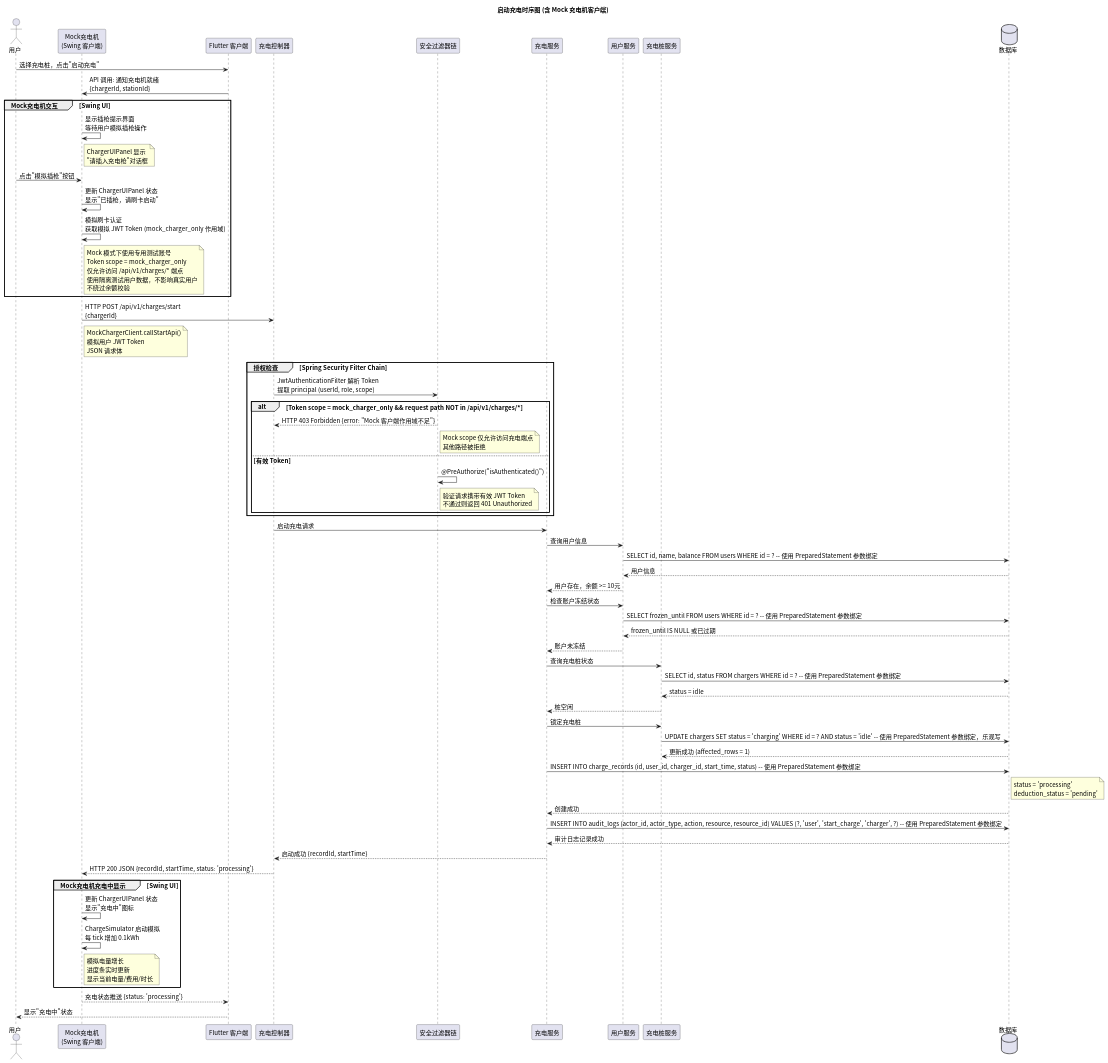
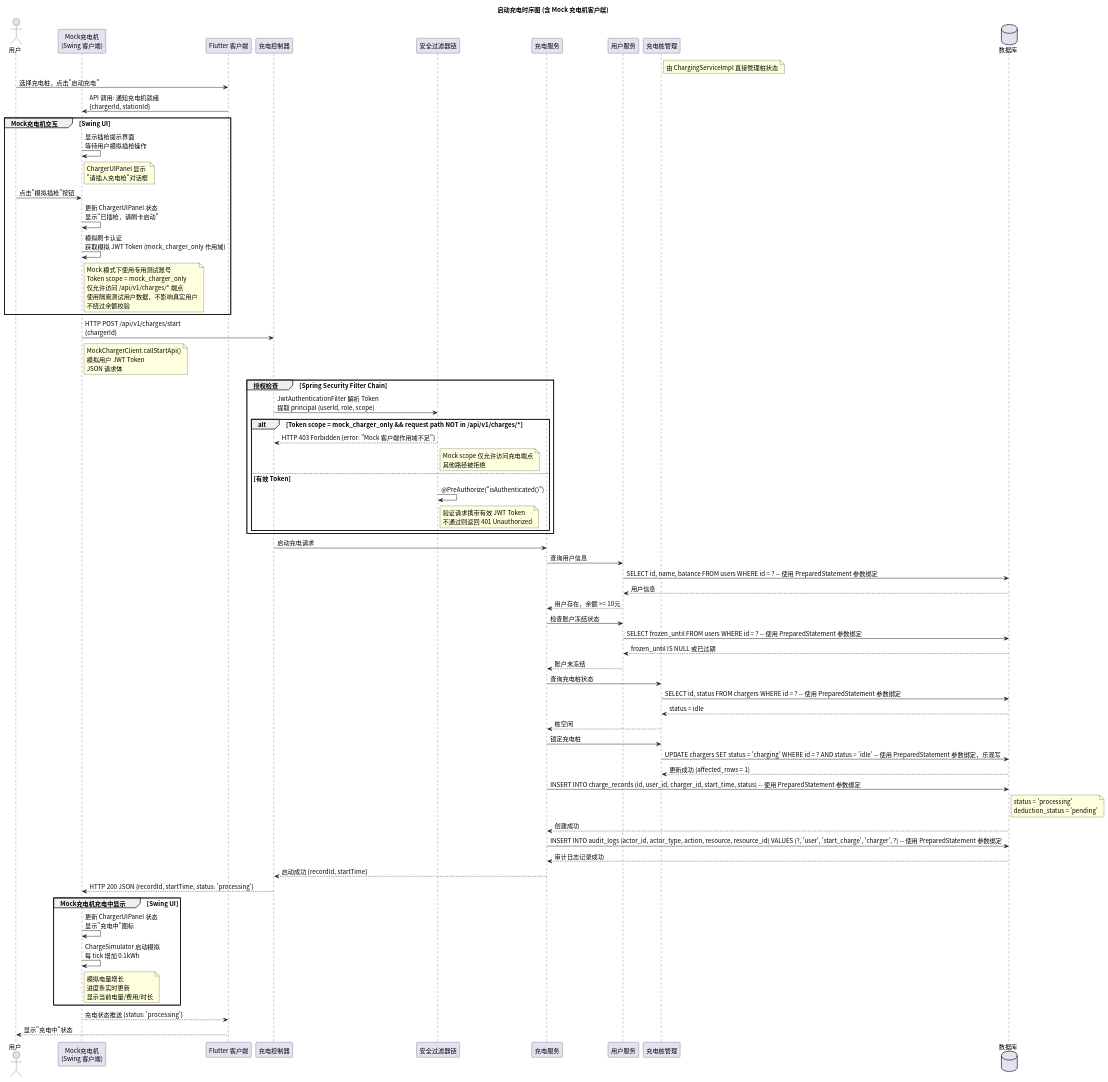
Before and after one commit to greenhandzdl/charging-station-doc: the diagram in time/src/sequence_charging.puml, drawn with PlantUML. The commit also changed 13 other files, not shown here.

First line of the commit message:
fix: 架构与安全评估第五轮修复 — 支付记录用例对齐、用户充电统计端点、支付图与充电服务修复

```diff
--- a/time/src/sequence_charging.puml
+++ b/time/src/sequence_charging.puml
@@ -1,85 +1,86 @@
 @startuml
 skinparam defaultFontName "Noto Sans CJK SC"
 skinparam defaultFontSize 14
 title 启动充电时序图 (含 Mock 充电机客户端)
 
 ' 所有 SQL 操作使用 PreparedStatement 参数绑定，禁止字符串拼接
 actor 用户 as U
 participant "Mock充电机\n(Swing 客户端)" as MC
 participant "Flutter 客户端" as FE
 participant "充电控制器" as Ctrl
 participant "安全过滤器链" as Security
 participant "充电服务" as Service
 participant "用户服务" as US
-participant "充电桩服务" as CS
+participant "充电桩管理" as CS
+note right of CS : 由 ChargingServiceImpl 直接管理桩状态
 database 数据库 as DB
 
 U -> FE: 选择充电桩，点击"启动充电"
 FE -> MC: API 调用: 通知充电机就绪\n{chargerId, stationId}
 
 group Mock充电机交互 [Swing UI]
   MC -> MC: 显示插枪提示界面\n等待用户模拟插枪操作
   note right MC : ChargerUIPanel 显示\n"请插入充电枪"对话框
 
   U -> MC: 点击"模拟插枪"按钮
   MC -> MC: 更新 ChargerUIPanel 状态\n显示"已插枪，请刷卡启动"
 
   MC -> MC: 模拟刷卡认证\n获取模拟 JWT Token (mock_charger_only 作用域)
   note right MC : Mock 模式下使用专用测试账号\nToken scope = mock_charger_only\n仅允许访问 /api/v1/charges/* 端点\n使用隔离测试用户数据，不影响真实用户\n不绕过余额校验
 end
 
 MC -> Ctrl: HTTP POST /api/v1/charges/start\n{chargerId}
 note right MC : MockChargerClient.callStartApi()\n模拟用户 JWT Token\nJSON 请求体
 
 group 授权检查 [Spring Security Filter Chain]
   Ctrl -> Security: JwtAuthenticationFilter 解析 Token\n提取 principal (userId, role, scope)
 
   alt Token scope = mock_charger_only && request path NOT in /api/v1/charges/*
     Security --> Ctrl: HTTP 403 Forbidden {error: "Mock 客户端作用域不足"}
     note right Security : Mock scope 仅允许访问充电端点\n其他路径被拒绝
   else 有效 Token
     Security -> Security: @PreAuthorize("isAuthenticated()")
     note right Security : 验证请求携带有效 JWT Token\n不通过则返回 401 Unauthorized
   end
 end
 
 Ctrl -> Service: 启动充电请求
 
 Service -> US: 查询用户信息
 US -> DB: SELECT id, name, balance FROM users WHERE id = ? -- 使用 PreparedStatement 参数绑定
 DB --> US: 用户信息
 US --> Service: 用户存在，余额 >= 10元
 
 Service -> US: 检查账户冻结状态
 US -> DB: SELECT frozen_until FROM users WHERE id = ? -- 使用 PreparedStatement 参数绑定
 DB --> US: frozen_until IS NULL 或已过期
 US --> Service: 账户未冻结
 
 Service -> CS: 查询充电桩状态
 CS -> DB: SELECT id, status FROM chargers WHERE id = ? -- 使用 PreparedStatement 参数绑定
 DB --> CS: status = idle
 CS --> Service: 桩空闲
 
 Service -> CS: 锁定充电桩
 CS -> DB: UPDATE chargers SET status = 'charging' WHERE id = ? AND status = 'idle' -- 使用 PreparedStatement 参数绑定，乐观写
 DB --> CS: 更新成功 (affected_rows = 1)
 
 Service -> DB: INSERT INTO charge_records (id, user_id, charger_id, start_time, status) -- 使用 PreparedStatement 参数绑定
 note right DB : status = 'processing'\ndeduction_status = 'pending'
 DB --> Service: 创建成功
 
 Service -> DB: INSERT INTO audit_logs (actor_id, actor_type, action, resource, resource_id) VALUES (?, 'user', 'start_charge', 'charger', ?) -- 使用 PreparedStatement 参数绑定
 DB --> Service: 审计日志记录成功
 
 Service --> Ctrl: 启动成功 {recordId, startTime}
 Ctrl --> MC: HTTP 200 JSON {recordId, startTime, status: 'processing'}
 
 group Mock充电机充电中显示 [Swing UI]
   MC -> MC: 更新 ChargerUIPanel 状态\n显示"充电中"图标
   MC -> MC: ChargeSimulator 启动模拟\n每 tick 增加 0.1kWh
   note right MC : 模拟电量增长\n进度条实时更新\n显示当前电量/费用/时长
 end
 
 MC --> FE: 充电状态推送 {status: 'processing'}
 FE --> U: 显示"充电中"状态
 @enduml
```
